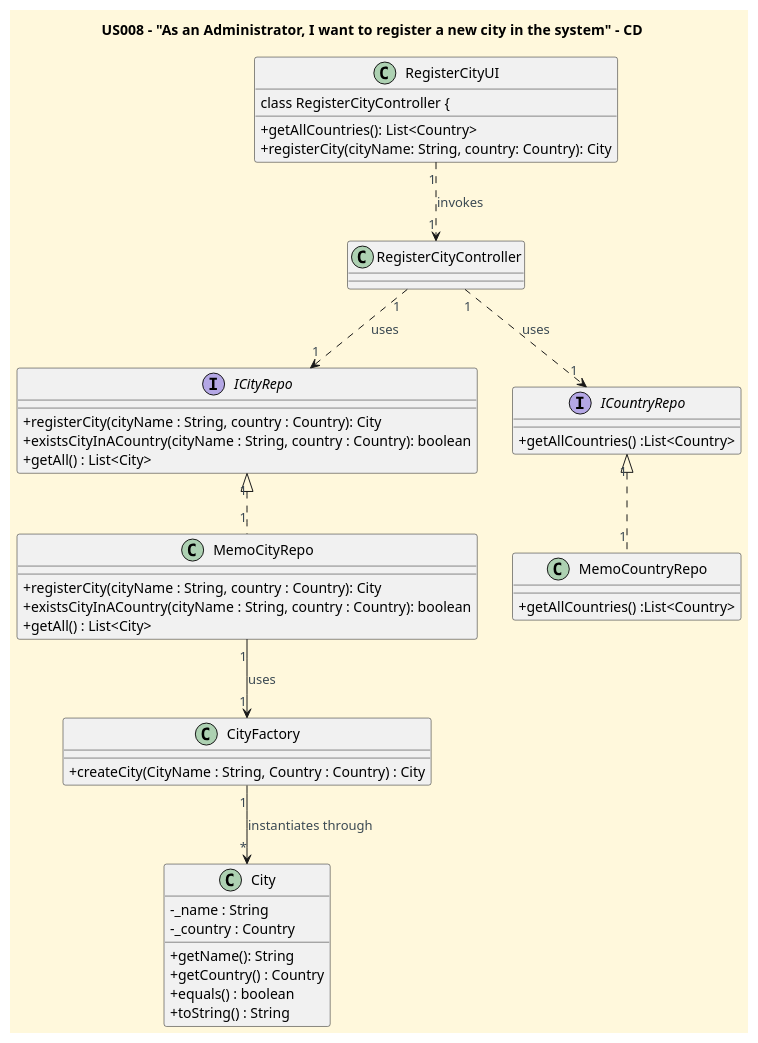
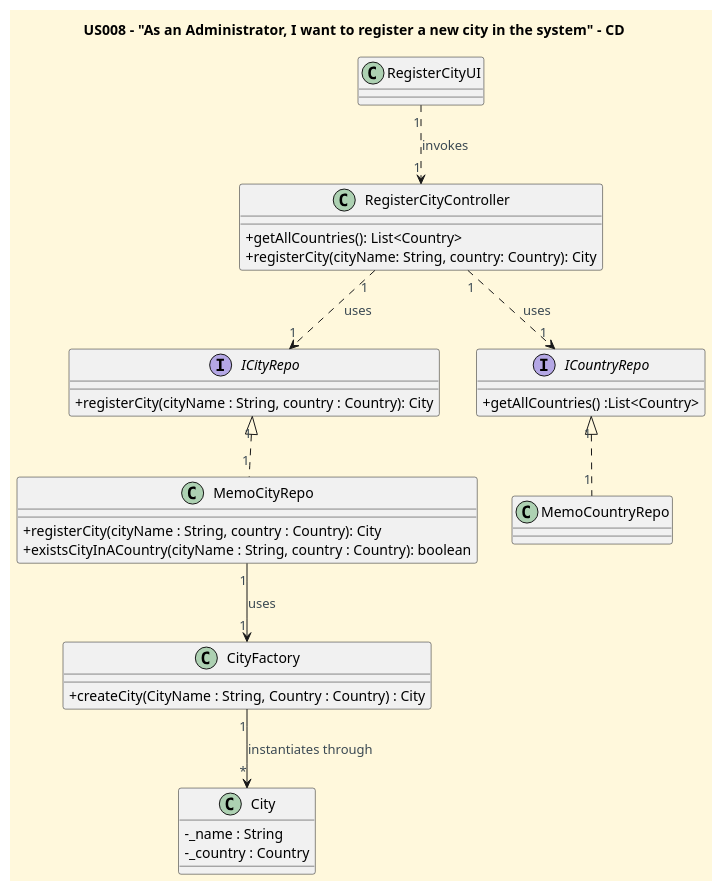
Before and after one commit to CarolinaLeite-collab/JavaMarketplacePlatform: the diagram in docs/userStories/US008/US008_register_a_city_CD.puml, drawn with PlantUML. The commit also changed 1 other file, not shown here.

Commit message:
fix: corrected minor typos in SD and CD diagrams for US008 - refs #373

```diff
--- a/docs/userStories/US008/US008_register_a_city_CD.puml
+++ b/docs/userStories/US008/US008_register_a_city_CD.puml
@@ -1,70 +1,61 @@
 @startuml
 'https://plantuml.com/class-diagram
 title US008 – "As an Administrator, I want to register a new city in the system" – CD
 
 '==== basic style ====
 skinparam monochrome false
 skinparam shadowing false
 skinparam defaultFontName Futura
 skinparam objectFontSize 20
 skinparam backgroundColor CornSilk
 skinparam objectBackgroundColor WhiteSmoke
 skinparam noteBackgroundColor #FFFFE0
 skinparam ArrowFontColor #3B4953
 skinparam classAttributeIconSize 0
 
 ' ===== Classes =====
 class RegisterCityUI {
+}
 
 class RegisterCityController {
   + getAllCountries(): List<Country>
   + registerCity(cityName: String, country: Country): City
 }
 
 interface ICityRepo {
   + registerCity(cityName : String, country : Country): City
-  + existsCityInACountry(cityName : String, country : Country): boolean
-  + getAll() : List<City>
 }
 
 class MemoCityRepo {
   + registerCity(cityName : String, country : Country): City
   + existsCityInACountry(cityName : String, country : Country): boolean
-  + getAll() : List<City>
 }
 
 class CityFactory {
   + createCity(CityName : String, Country : Country) : City
 }
 
 class City {
   -_name : String
   -_country : Country
-  + getName(): String
-  + getCountry() : Country
-  + equals() : boolean
-  + toString() : String
 }
-
 
 ' ===== CountryRepo =====
 interface ICountryRepo{
 + getAllCountries() :List<Country>
 }
 
 class MemoCountryRepo {
-+ getAllCountries() :List<Country>
 }
-
 
 ' ===== Interactions =====
 RegisterCityUI "1" ..> "1" RegisterCityController : invokes
 RegisterCityController "1" ..> "1" ICountryRepo : uses
 RegisterCityController "1" ..> "1" ICityRepo : uses
 
 ICityRepo "1" <|.. "1"MemoCityRepo
 MemoCityRepo "1" --> "1" CityFactory : uses
 CityFactory "1" --> "*" City : instantiates through
 
 ICountryRepo "1" <|.. "1"MemoCountryRepo
 @enduml
```
